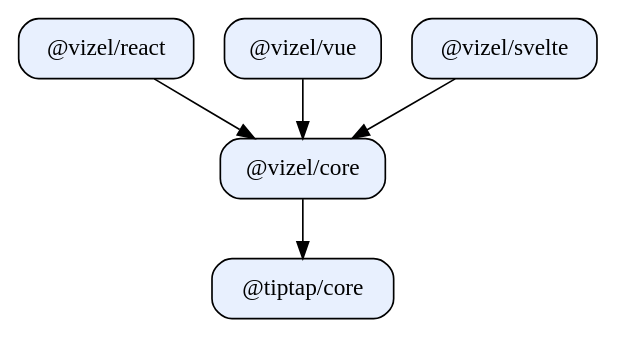
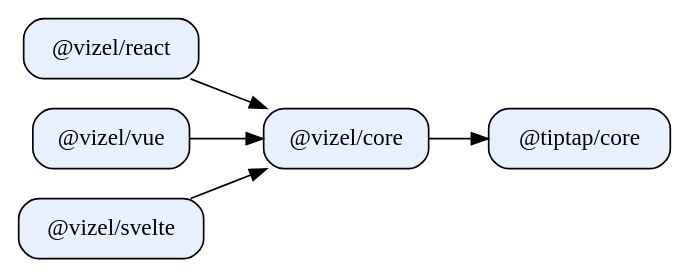
One commit to seijikohara/vizel changed the third of 3 diagrams in apps/demo/shared/content-gfm.md. Above: the diagram before and after it, drawn with Graphviz. The commit also changed other lines of this file and 12 other files, not shown here.

````diff
--- a/apps/demo/shared/content-gfm.md
+++ b/apps/demo/shared/content-gfm.md
@@ -229,17 +280,17 @@
 ```dot
 digraph Vizel {
-    rankdir=TB
+    rankdir=LR
     node [shape=box, style="rounded,filled", fillcolor="#e8f0fe"]
 
-    Core [label="@vizel/core"]
+    Core  [label="@vizel/core"]
     React [label="@vizel/react"]
-    Vue [label="@vizel/vue"]
+    Vue   [label="@vizel/vue"]
     Svelte [label="@vizel/svelte"]
     Tiptap [label="@tiptap/core"]
 
     React -> Core
     Vue -> Core
     Svelte -> Core
     Core -> Tiptap
 }
 ```
````
